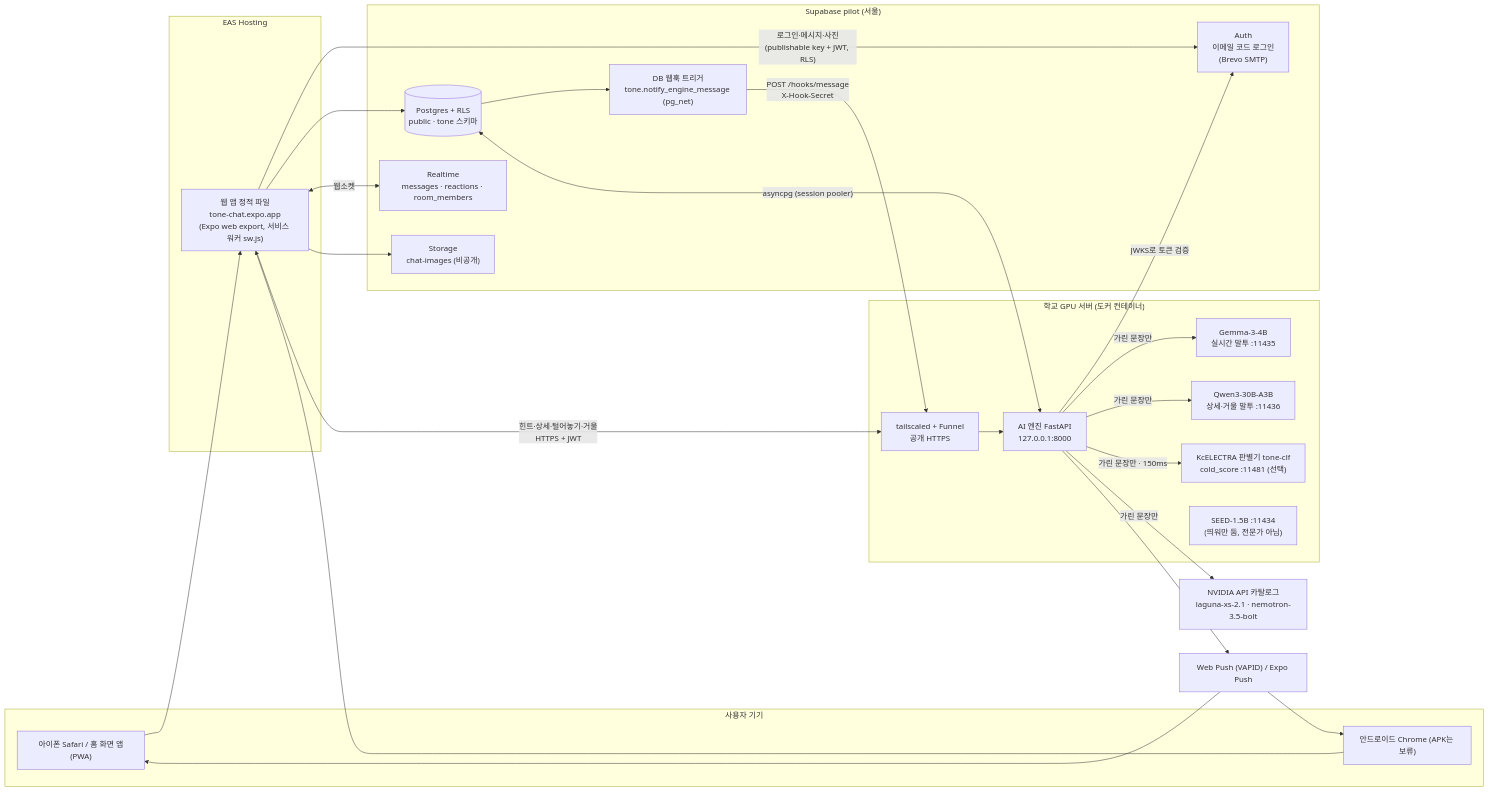
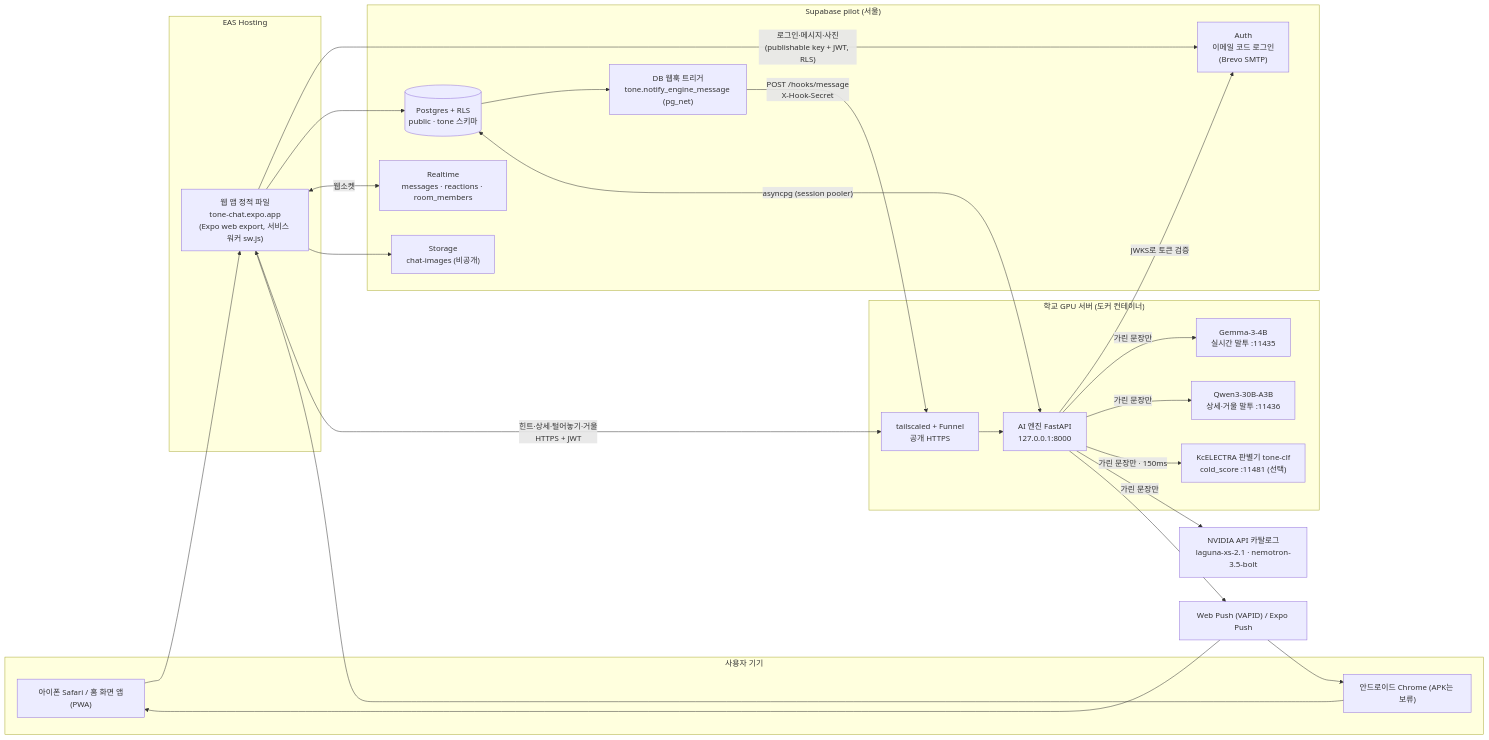
The first of 8 diagrams in docs/architecture-diagrams.md (Daegyu519/Adventure_Design), drawn with Mermaid before and after one commit. The commit also changed other lines of this file and 10 other files, not shown here.

Commit message:
P-28 fix round 1: health 캐시·클라이언트 닫기·tone-clf 재시작·127.0.0.1·전문가 마감 1.35초·SEED 중단·relocate-fast

````diff
--- a/docs/architecture-diagrams.md
+++ b/docs/architecture-diagrams.md
@@ -20,51 +20,50 @@
 ```mermaid
 flowchart LR
   subgraph Devices["사용자 기기"]
     IOS["아이폰 Safari / 홈 화면 앱(PWA)"]
     AND["안드로이드 Chrome (APK는 보류)"]
   end
 
   subgraph Hosting["EAS Hosting"]
     WEB["웹 앱 정적 파일<br/>tone-chat.expo.app<br/>(Expo web export, 서비스 워커 sw.js)"]
   end
 
   subgraph SB["Supabase pilot (서울)"]
     AUTH["Auth<br/>이메일 코드 로그인<br/>(Brevo SMTP)"]
     PG[("Postgres + RLS<br/>public · tone 스키마")]
     RT["Realtime<br/>messages · reactions · room_members"]
     ST["Storage<br/>chat-images (비공개)"]
     HOOK["DB 웹훅 트리거<br/>tone.notify_engine_message (pg_net)"]
   end
 
   subgraph School["학교 GPU 서버 (도커 컨테이너)"]
     TS["tailscaled + Funnel<br/>공개 HTTPS"]
     ENG["AI 엔진 FastAPI<br/>127.0.0.1:8000"]
     GEM["Gemma-3-4B<br/>실시간 말투 :11435"]
     QWEN["Qwen3-30B-A3B<br/>상세·거울 말투 :11436"]
     CLF["KcELECTRA 판별기 tone-clf<br/>cold_score :11481 (선택)"]
-    SEED["SEED-1.5B :11434<br/>(띄워만 둠, 전문가 아님)"]
   end
 
   NV["NVIDIA API 카탈로그<br/>laguna-xs-2.1 · nemotron-3.5-bolt"]
   PUSH["Web Push (VAPID) / Expo Push"]
 
   IOS --> WEB
   AND --> WEB
   WEB -->|"로그인·메시지·사진<br/>(publishable key + JWT, RLS)"| AUTH
   WEB --> PG
   WEB <-->|"웹소켓"| RT
   WEB --> ST
   WEB -->|"힌트·상세·털어놓기·거울<br/>HTTPS + JWT"| TS
   TS --> ENG
   ENG -->|"JWKS로 토큰 검증"| AUTH
   ENG <-->|"asyncpg (session pooler)"| PG
   PG --> HOOK
   HOOK -->|"POST /hooks/message<br/>X-Hook-Secret"| TS
   ENG -->|"가린 문장만"| GEM
   ENG -->|"가린 문장만"| QWEN
   ENG -->|"가린 문장만 · 150ms"| CLF
   ENG -->|"가린 문장만"| NV
   ENG --> PUSH
   PUSH --> IOS
   PUSH --> AND
 ```
````
